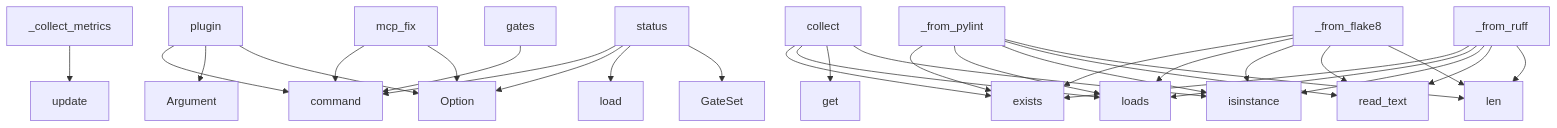
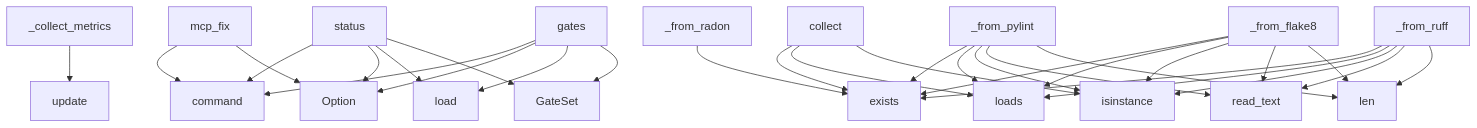
Before and after one commit to semcod/pyqual: the diagram in project/context.md, drawn with Mermaid. The commit also changed other lines of this file and 22 other files, not shown here.

````diff
--- a/project/context.md
+++ b/project/context.md
@@ -413,33 +417,33 @@
 ```mermaid
 graph TD
-    plugin --> command
-    plugin --> Argument
-    plugin --> Option
     mcp_fix --> command
     mcp_fix --> Option
     _collect_metrics --> update
-    collect --> exists
-    collect --> loads
-    collect --> get
     _from_pylint --> exists
     _from_pylint --> loads
     _from_pylint --> isinstance
     _from_pylint --> read_text
     _from_pylint --> len
     _from_flake8 --> exists
     _from_flake8 --> loads
     _from_flake8 --> isinstance
     _from_flake8 --> read_text
     _from_flake8 --> len
+    collect --> exists
+    collect --> loads
+    collect --> isinstance
     _from_ruff --> exists
     _from_ruff --> loads
     _from_ruff --> isinstance
     _from_ruff --> read_text
     _from_ruff --> len
-    collect --> isinstance
     status --> command
     status --> Option
     status --> load
     status --> GateSet
     gates --> command
+    gates --> Option
+    gates --> load
+    gates --> GateSet
+    _from_radon --> exists
 ```
````
